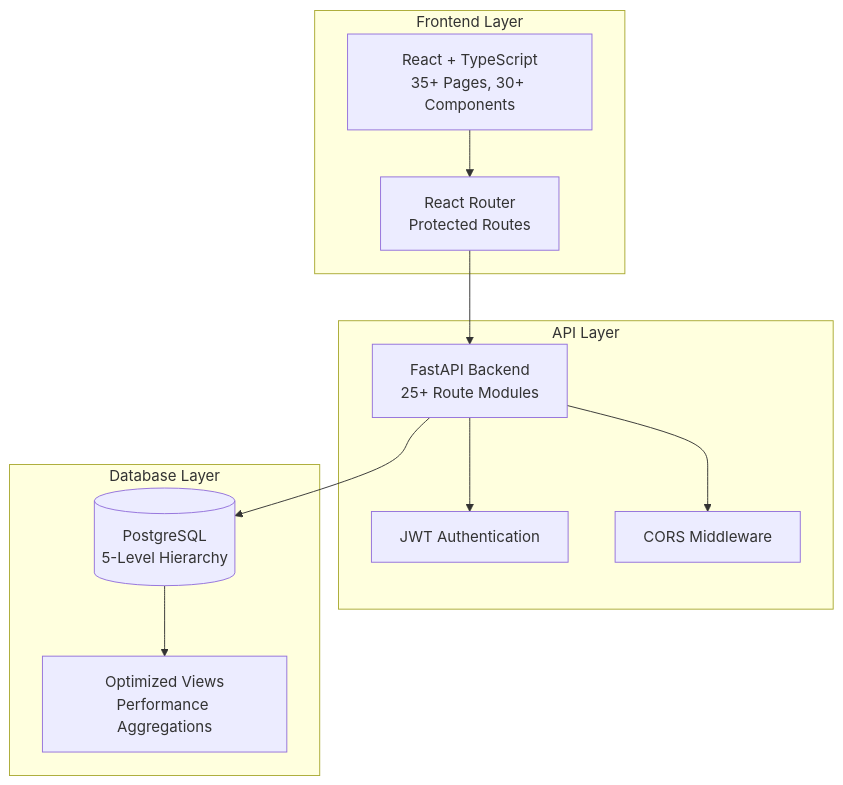
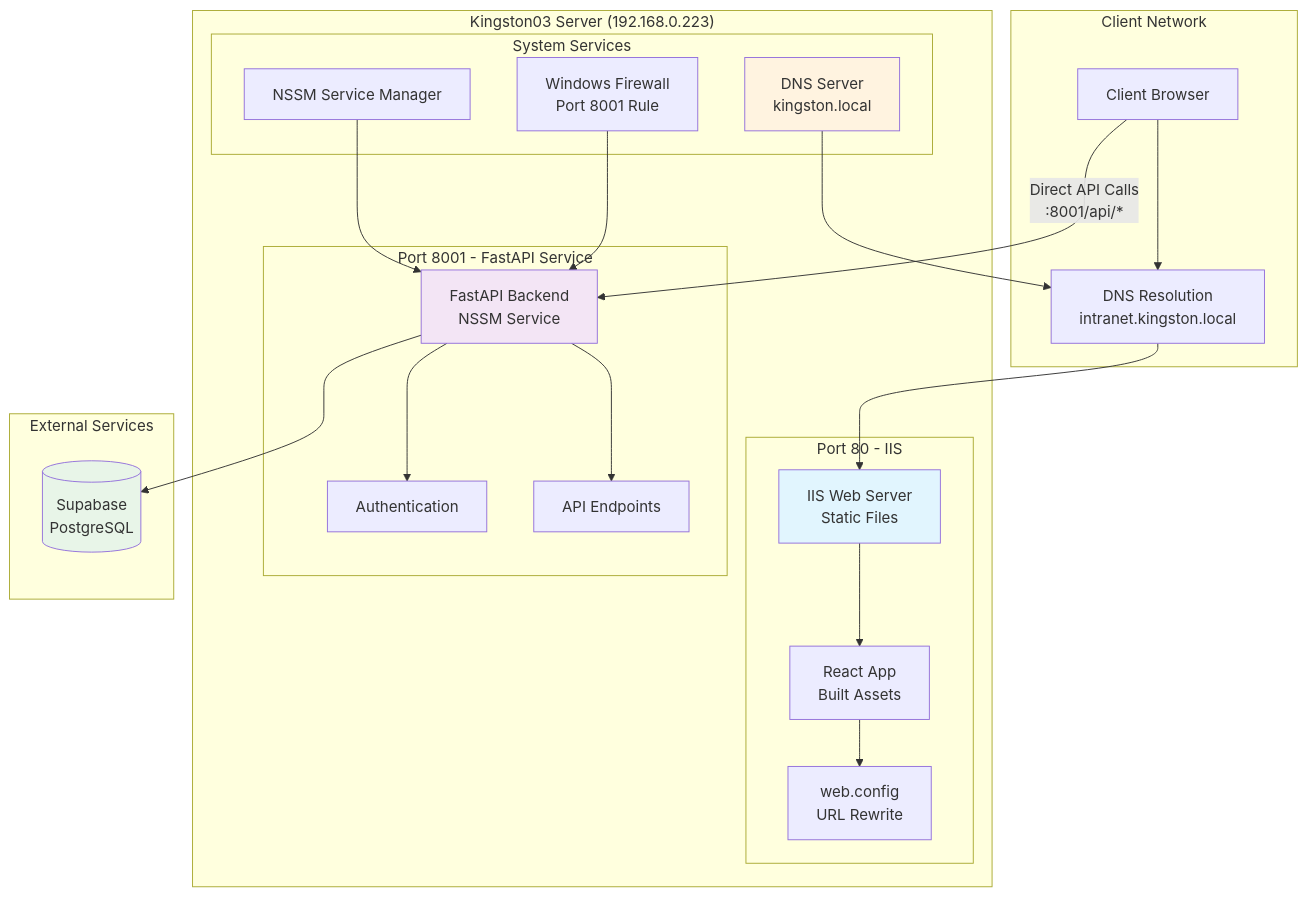
Before and after one commit to Animatic-AI-Solutions/kingstons_portal: the first of 7 diagrams in docs/3_architecture/02_architecture_diagrams.md, drawn with Mermaid. The commit also changed other lines of this file and 4 other files, not shown here.

````diff
--- a/docs/3_architecture/02_architecture_diagrams.md
+++ b/docs/3_architecture/02_architecture_diagrams.md
@@ -15,25 +16,48 @@
 ```mermaid
 graph TB
-    subgraph "Frontend Layer"
-        UI[React + TypeScript<br/>35+ Pages, 30+ Components]
-        Router[React Router<br/>Protected Routes]
+    subgraph "Client Network"
+        CLIENT[Client Browser]
+        DNS[DNS Resolution<br/>intranet.kingston.local]
     end
     
-    subgraph "API Layer"
-        API[FastAPI Backend<br/>25+ Route Modules]
-        Auth[JWT Authentication]
-        CORS[CORS Middleware]
+    subgraph "Kingston03 Server (192.168.0.223)"
+        subgraph "Port 80 - IIS"
+            IIS[IIS Web Server<br/>Static Files]
+            REACT[React App<br/>Built Assets]
+            WEBC[web.config<br/>URL Rewrite]
+        end
+        
+        subgraph "Port 8001 - FastAPI Service"
+            FASTAPI[FastAPI Backend<br/>NSSM Service]
+            AUTH[Authentication]
+            APIEND[API Endpoints]
+        end
+        
+        subgraph "System Services"
+            DNSSERV[DNS Server<br/>kingston.local]
+            FIREWALL[Windows Firewall<br/>Port 8001 Rule]
+            NSSM[NSSM Service Manager]
+        end
     end
     
-    subgraph "Database Layer"
-        DB[(PostgreSQL<br/>5-Level Hierarchy)]
-        Views[Optimized Views<br/>Performance Aggregations]
+    subgraph "External Services"
+        SUPABASE[(Supabase<br/>PostgreSQL)]
     end
     
-    UI --> Router
-    Router --> API
-    API --> Auth
-    API --> CORS
-    API --> DB
-    DB --> Views
+    CLIENT --> DNS
+    DNS --> IIS
+    CLIENT --> |"Direct API Calls<br/>:8001/api/*"| FASTAPI
+    IIS --> REACT
+    REACT --> WEBC
+    FASTAPI --> AUTH
+    FASTAPI --> APIEND
+    FASTAPI --> SUPABASE
+    NSSM --> FASTAPI
+    FIREWALL --> FASTAPI
+    DNSSERV --> DNS
+    
+    style IIS fill:#e1f5fe
+    style FASTAPI fill:#f3e5f5
+    style SUPABASE fill:#e8f5e8
+    style DNSSERV fill:#fff3e0
 ```
````
